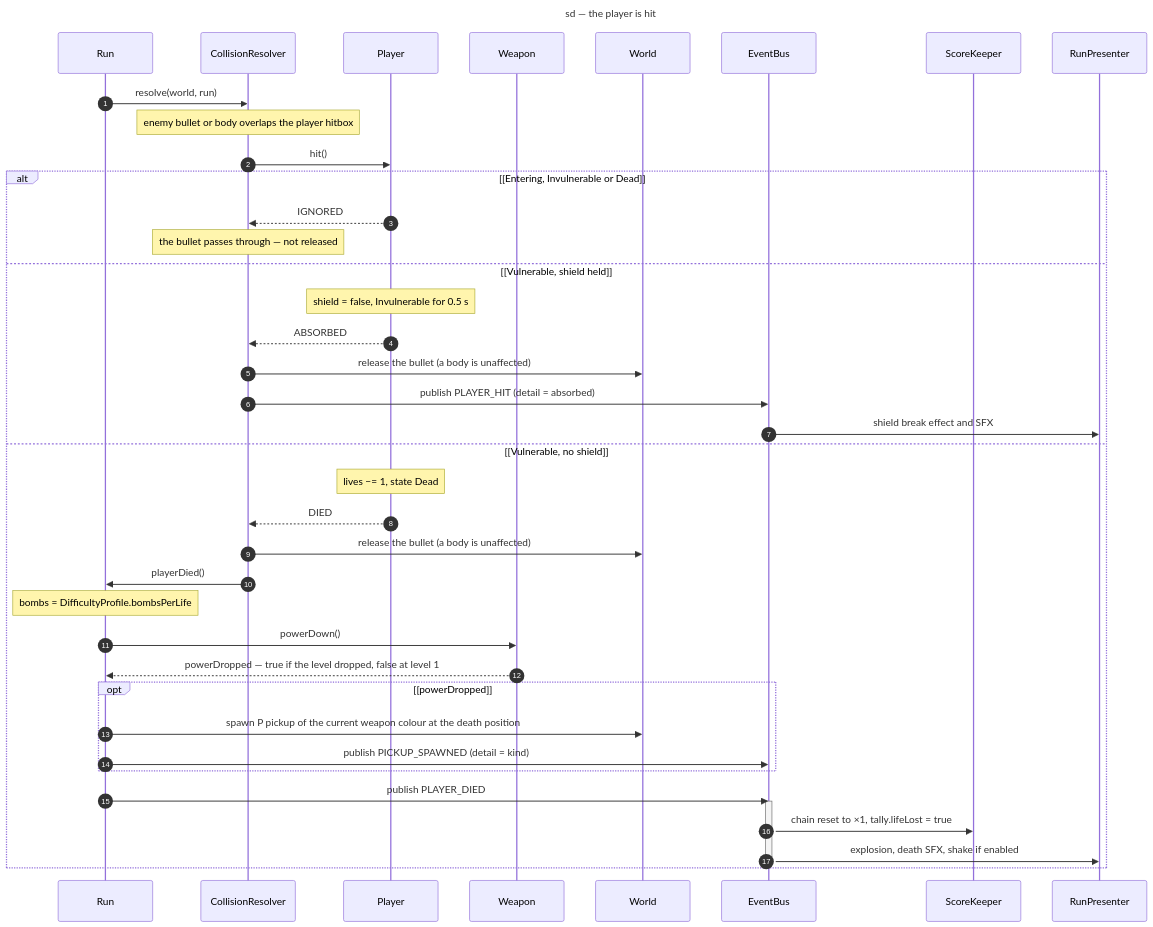
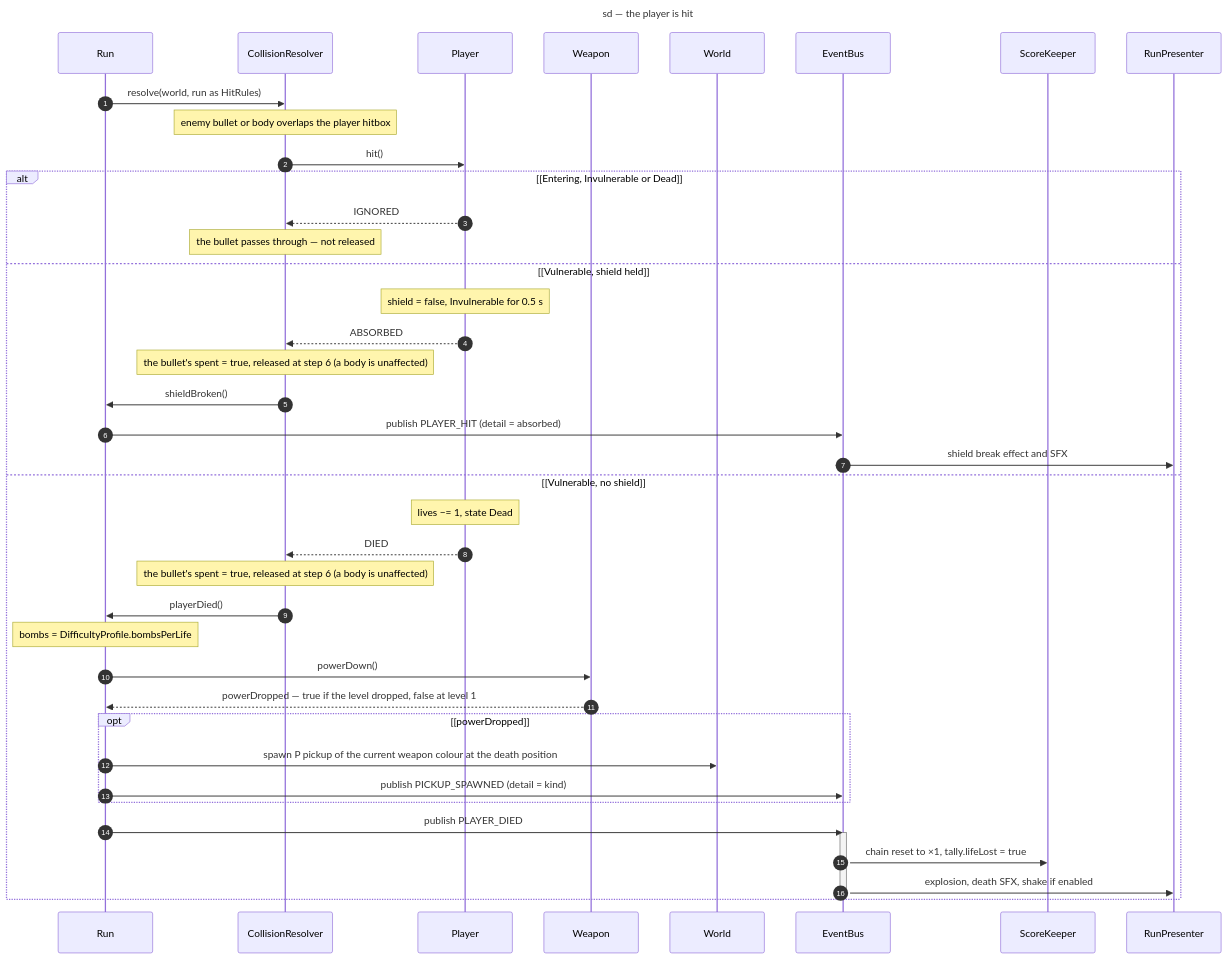
Before and after one commit to benoit-bremaud/retro-shmup: the diagram in docs/architecture/diagrams/gameplay/02-sequence-player-hit.md, drawn with Mermaid. The commit also changed 10 other files, not shown here.

First line of the commit message:
docs(design): GDD v0.6 and UML for the enemies brick (#13)

````diff
--- a/docs/architecture/diagrams/gameplay/02-sequence-player-hit.md
+++ b/docs/architecture/diagrams/gameplay/02-sequence-player-hit.md
@@ -18,46 +18,47 @@
 ```mermaid
 ---
 title: sd — the player is hit
 ---
 sequenceDiagram
   autonumber
   participant Run as Run
   participant CR as CollisionResolver
   participant Pl as Player
   participant Wp as Weapon
   participant W as World
   participant Bus as EventBus
   participant SK as ScoreKeeper
   participant P as RunPresenter
 
-  Run->>CR: resolve(world, run)
+  Run->>CR: resolve(world, run as HitRules)
   Note over CR: enemy bullet or body overlaps the player hitbox
   CR->>Pl: hit()
   alt [Entering, Invulnerable or Dead]
     Pl-->>CR: IGNORED
     Note over CR: the bullet passes through — not released
   else [Vulnerable, shield held]
     Note over Pl: shield = false, Invulnerable for 0.5 s
     Pl-->>CR: ABSORBED
-    CR->>W: release the bullet (a body is unaffected)
-    CR->>Bus: publish PLAYER_HIT (detail = absorbed)
+    Note over CR: the bullet's spent = true, released at step 6 (a body is unaffected)
+    CR->>Run: shieldBroken()
+    Run->>Bus: publish PLAYER_HIT (detail = absorbed)
     Bus->>P: shield break effect and SFX
   else [Vulnerable, no shield]
     Note over Pl: lives −= 1, state Dead
     Pl-->>CR: DIED
-    CR->>W: release the bullet (a body is unaffected)
+    Note over CR: the bullet's spent = true, released at step 6 (a body is unaffected)
     CR->>Run: playerDied()
     Note over Run: bombs = DifficultyProfile.bombsPerLife
     Run->>Wp: powerDown()
     Wp-->>Run: powerDropped — true if the level dropped, false at level 1
     opt [powerDropped]
       Run->>W: spawn P pickup of the current weapon colour at the death position
       Run->>Bus: publish PICKUP_SPAWNED (detail = kind)
     end
     Run->>Bus: publish PLAYER_DIED
     activate Bus
     Bus->>SK: chain reset to ×1, tally.lifeLost = true
     Bus->>P: explosion, death SFX, shake if enabled
     deactivate Bus
   end
 ```
````
